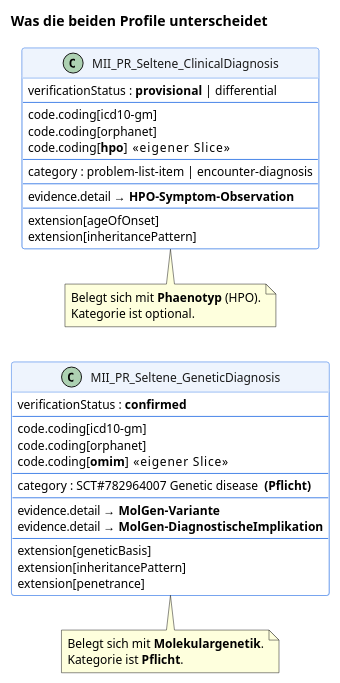
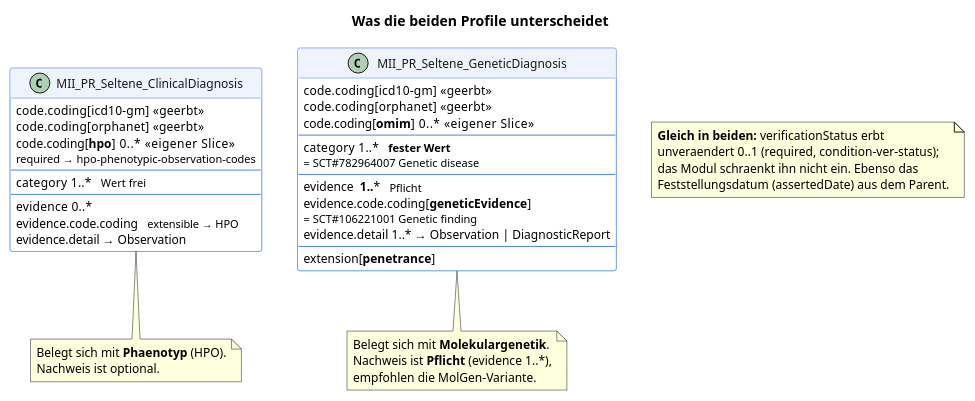
Before and after one commit to medizininformatik-initiative/kerndatensatzmodul-seltene-erkrankungen: the diagram in input/images-source/diagnose-klinisch-vs-genetisch.puml, drawn with PlantUML. The commit also changed 3 other files, not shown here.

First line of the commit message:
fix(guide): Diagnose-Leitfaden gegen die Profile abgeglichen

```diff
--- a/input/images-source/diagnose-klinisch-vs-genetisch.puml
+++ b/input/images-source/diagnose-klinisch-vs-genetisch.puml
@@ -1,64 +1,83 @@
 @startuml
-' Klinische gegen genetische Diagnose — ersetzt die beiden langen FSH-Instanzen
-' auf der Seite clinical-genetic-diagnosis-guide durch einen Strukturvergleich.
-' Sprachneutral gehalten: nur FHIR-Elementnamen, Profil-IDs und Codes.
-left to right direction
+' Klinische gegen genetische Diagnose — Strukturvergleich.
+' Sprachneutral: nur FHIR-Elementnamen, Profil-IDs und Codes.
+'
+' Korrigiert 2026-09-03. Die erste Fassung (2026-09-02) fuehrte vier
+' Extensions auf, die noch am selben Tag entfernt wurden (ageOfOnset,
+' inheritancePattern an beiden Profilen, geneticBasis an der genetischen),
+' und behauptete einen Unterschied "Kategorie optional gegen Pflicht", den
+' es nie gab: category ist in BEIDEN Profilen 1..*. Der wirkliche Unterschied
+' ist, dass die genetische Diagnose den WERT der Kategorie festlegt.
+' Ausserdem war verificationStatus als Profil-Constraint dargestellt — das
+' Modul schraenkt es an keiner Stelle ein, es erbt unveraendert 0..1 mit
+' required-Bindung an condition-ver-status. Die Empfehlung, welcher Status
+' wann zu setzen ist, steht im Parallelmodell-Diagramm, wo sie hingehoert.
+' Jede Zeile unten ist am 2026-09-03 gegen die generierten
+' StructureDefinitions geprueft.
+' KEIN 'left to right direction': das dreht die Semantik der Pfeilrichtung um,
+' wodurch aus '-[hidden]right->' ein Untereinander wird und der Vergleich seine
+' Nebeneinander-Anordnung verliert (so passiert am 2026-09-03).
 skinparam backgroundColor transparent
 skinparam shadowing false
 skinparam defaultFontName Helvetica
 skinparam defaultFontSize 12
 skinparam ArrowColor #555555
 skinparam class {
   BorderColor #4a86e8
   BackgroundColor #ffffff
   HeaderBackgroundColor #eef4fd
   FontColor #1a1a1a
 }
 
 title Was die beiden Profile unterscheidet
 
 class "MII_PR_Seltene_ClinicalDiagnosis" as C {
-  verificationStatus : **provisional** | differential
+  code.coding[icd10-gm]   << geerbt >>
+  code.coding[orphanet]   << geerbt >>
+  code.coding[**hpo**]  0..*   << eigener Slice >>
+  <size:11>required → hpo-phenotypic-observation-codes</size>
   --
-  code.coding[icd10-gm]
-  code.coding[orphanet]
-  code.coding[**hpo**]      << eigener Slice >>
+  category  1..*   <size:11>Wert frei</size>
   --
-  category : problem-list-item | encounter-diagnosis
-  --
-  evidence.detail → **HPO-Symptom-Observation**
-  --
-  extension[ageOfOnset]
-  extension[inheritancePattern]
+  evidence  0..*
+  evidence.code.coding   <size:11>extensible → HPO</size>
+  evidence.detail → Observation
 }
 
 class "MII_PR_Seltene_GeneticDiagnosis" as G {
-  verificationStatus : **confirmed**
+  code.coding[icd10-gm]   << geerbt >>
+  code.coding[orphanet]   << geerbt >>
+  code.coding[**omim**]  0..*   << eigener Slice >>
   --
-  code.coding[icd10-gm]
-  code.coding[orphanet]
-  code.coding[**omim**]     << eigener Slice >>
+  category  1..*   <size:11>**fester Wert**</size>
+  <size:11>= SCT#782964007 Genetic disease</size>
   --
-  category : SCT#782964007 Genetic disease  **(Pflicht)**
+  evidence  **1..***   <size:11>Pflicht</size>
+  evidence.code.coding[**geneticEvidence**]
+  <size:11>= SCT#106221001 Genetic finding</size>
+  evidence.detail  1..* → Observation | DiagnosticReport
   --
-  evidence.detail → **MolGen-Variante**
-  evidence.detail → **MolGen-DiagnostischeImplikation**
-  --
-  extension[geneticBasis]
-  extension[inheritancePattern]
-  extension[penetrance]
+  extension[**penetrance**]
 }
 
 C -[hidden]right-> G
 
 note bottom of C
   Belegt sich mit **Phaenotyp** (HPO).
-  Kategorie ist optional.
+  Nachweis ist optional.
 end note
 
 note bottom of G
   Belegt sich mit **Molekulargenetik**.
-  Kategorie ist **Pflicht**.
+  Nachweis ist **Pflicht** (evidence 1..*),
+  empfohlen die MolGen-Variante.
+end note
+
+note as N
+  **Gleich in beiden:** verificationStatus erbt
+  unveraendert 0..1 (required, condition-ver-status);
+  das Modul schraenkt ihn nicht ein. Ebenso das
+  Feststellungsdatum (assertedDate) aus dem Parent.
 end note
 
 @enduml
```
